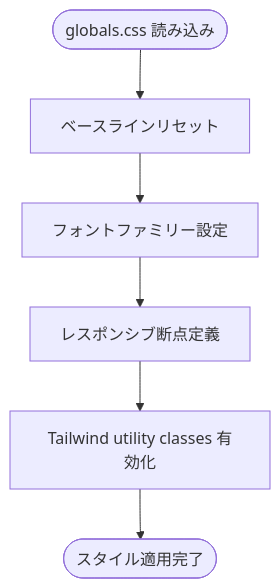
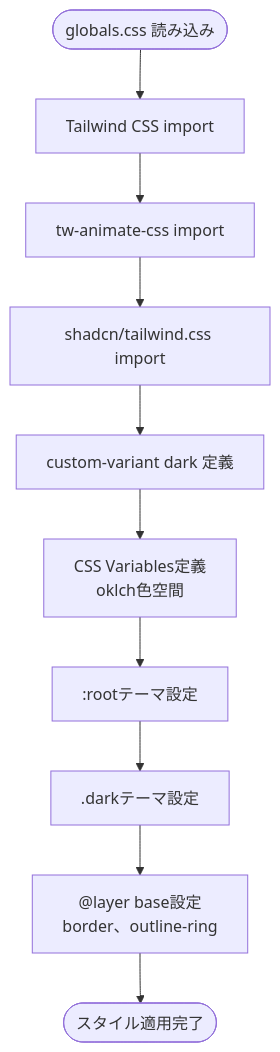
Before and after one commit to ss8806/Todos: the fifth of 10 diagrams in .qoder/repowiki/ja/content/フロントエンド開発.md, drawn with Mermaid. The commit also changed other lines of this file and 3 other files, not shown here.

````diff
--- a/.qoder/repowiki/ja/content/フロントエンド開発.md
+++ b/.qoder/repowiki/ja/content/フロントエンド開発.md
@@ -232,8 +324,12 @@
 ```mermaid
 flowchart TD
-Start(["globals.css 読み込み"]) --> BaseReset["ベースラインリセット"]
-BaseReset --> FontSetup["フォントファミリー設定"]
-FontSetup --> ResponsiveBreakpoints["レスポンシブ断点定義"]
-ResponsiveBreakpoints --> UtilityClasses["Tailwind utility classes 有効化"]
-UtilityClasses --> End(["スタイル適用完了"])
+Start(["globals.css 読み込み"]) --> ImportTailwind["Tailwind CSS import"]
+ImportTailwind --> ImportAnimate["tw-animate-css import"]
+ImportAnimate --> ImportShadcn["shadcn/tailwind.css import"]
+ImportShadcn --> DefineCustomVariant["custom-variant dark 定義"]
+DefineCustomVariant --> ThemeVars["CSS Variables定義<br/>oklch色空間"]
+ThemeVars --> RootTheme[":rootテーマ設定"]
+RootTheme --> DarkTheme[".darkテーマ設定"]
+DarkTheme --> LayerBase["@layer base設定<br/>border、outline-ring"]
+LayerBase --> End(["スタイル適用完了"])
 ```
````
